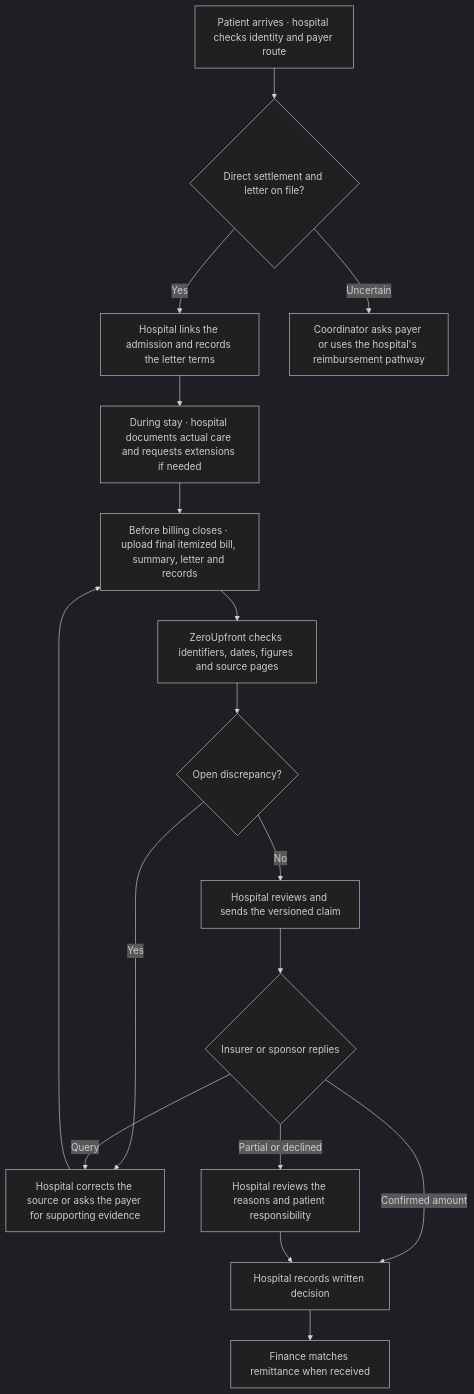
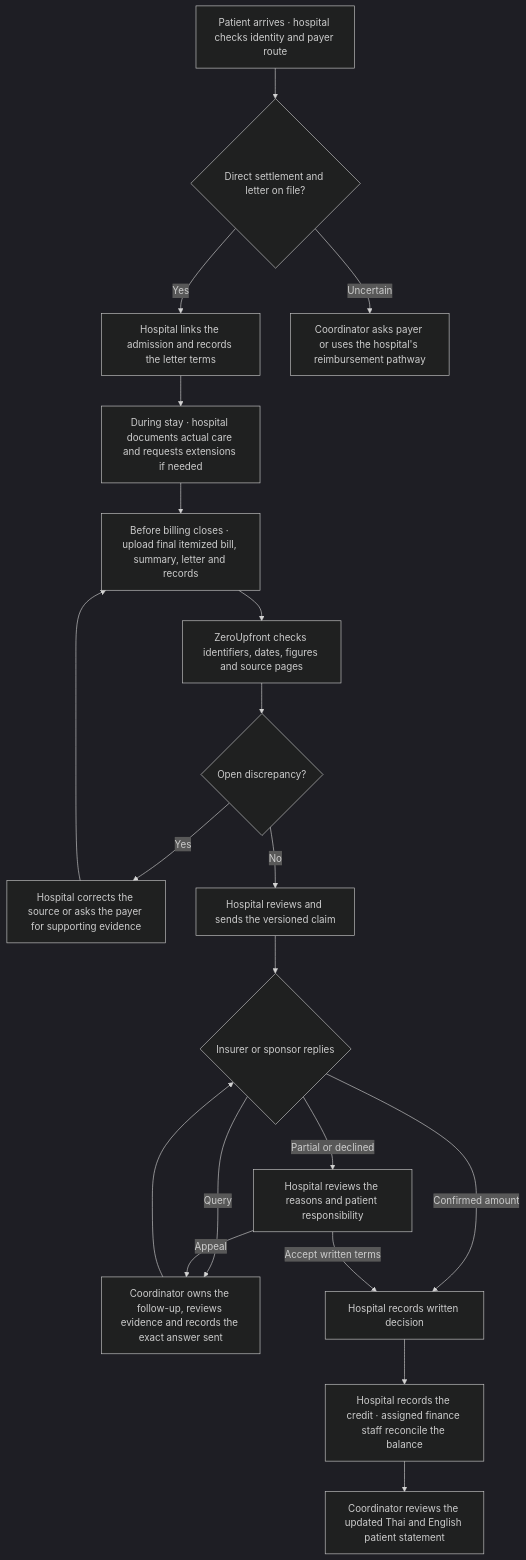
One commit to ppoisonivyy/ZeroUpfront changed the diagram in docs/discharge-workflow.md. Above: the diagram before and after it, drawn with Mermaid (dark theme). The commit also changed other lines of this file and 5 other files, not shown here.

Commit message:
Rehearse a human payer query with matching synthetic correspondence and evidence

````diff
--- a/docs/discharge-workflow.md
+++ b/docs/discharge-workflow.md
@@ -11,19 +11,22 @@
 ```mermaid
 flowchart TD
     A["Patient arrives · hospital checks identity and payer route"] --> B{"Direct settlement and letter on file?"}
     B -->|Yes| C["Hospital links the admission and records the letter terms"]
     B -->|Uncertain| U["Coordinator asks payer or uses the hospital's reimbursement pathway"]
     C --> D["During stay · hospital documents actual care and requests extensions if needed"]
     D --> E["Before billing closes · upload final itemized bill, summary, letter and records"]
     E --> F["ZeroUpfront checks identifiers, dates, figures and source pages"]
     F --> G{"Open discrepancy?"}
     G -->|Yes| H["Hospital corrects the source or asks the payer for supporting evidence"]
     H --> E
     G -->|No| I["Hospital reviews and sends the versioned claim"]
     I --> J{"Insurer or sponsor replies"}
-    J -->|Query| H
+    J -->|Query| Q["Coordinator owns the follow-up, reviews evidence and records the exact answer sent"]
+    Q --> J
     J -->|Partial or declined| K["Hospital reviews the reasons and patient responsibility"]
     J -->|Confirmed amount| L["Hospital records written decision"]
-    K --> L
-    L --> M["Finance matches remittance when received"]
+    K -->|Appeal| Q
+    K -->|Accept written terms| L
+    L --> M["Hospital records the credit · assigned finance staff reconcile the balance"]
+    M --> N["Coordinator reviews the updated Thai and English patient statement"]
 ```
````
